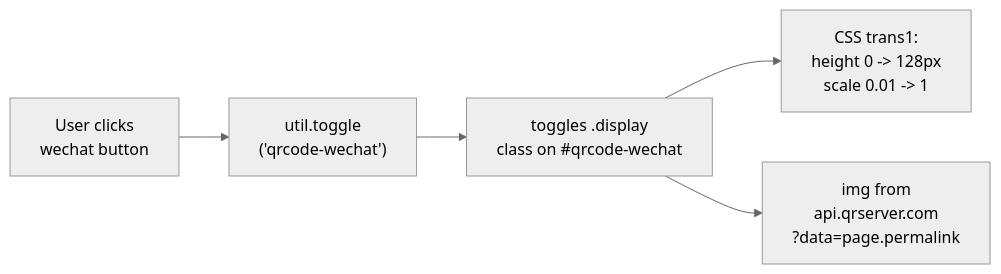
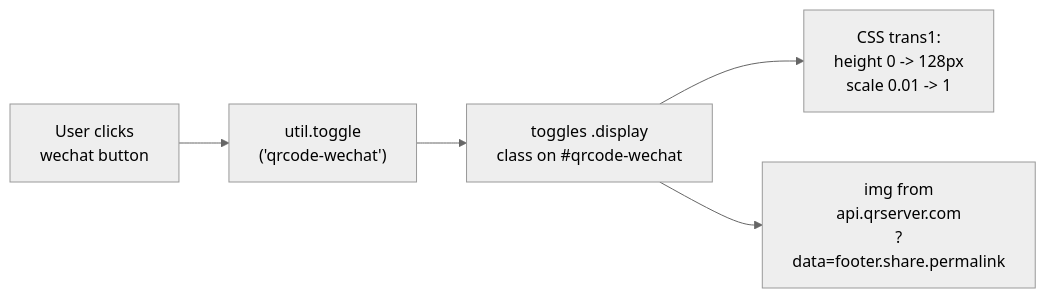
Before and after one commit to xaoxuu/hexo-theme-stellar: the third of 4 diagrams in docs/knowledge/03-内容系统/article-footer-metadata.md, drawn with Mermaid (neutral theme). The commit also changed other lines of this file and 1 other file, not shown here.

````diff
--- a/docs/knowledge/03-内容系统/article-footer-metadata.md
+++ b/docs/knowledge/03-内容系统/article-footer-metadata.md
@@ -260,11 +233,11 @@
 ```mermaid
 flowchart LR
   shareClick["User clicks\nwechat button"]
   toggleFn["util.toggle\n('qrcode-wechat')"]
   cssClass["toggles .display\nclass on #qrcode-wechat"]
-  qrcodeImg["img from\napi.qrserver.com\n?data=page.permalink"]
+  qrcodeImg["img from\napi.qrserver.com\n?data=footer.share.permalink"]
   transition["CSS trans1:\nheight 0 -> 128px\nscale 0.01 -> 1"]
 
   shareClick --> toggleFn --> cssClass --> transition
   cssClass --> qrcodeImg
 ```
````
